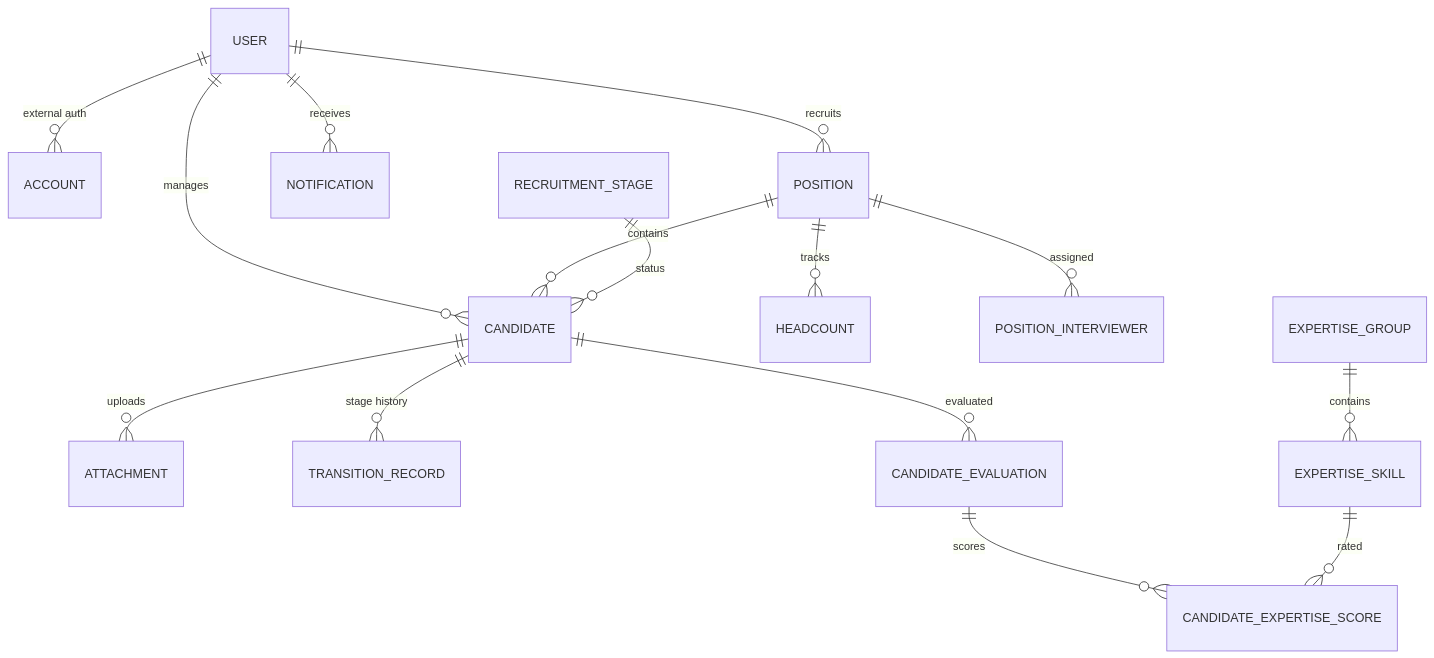
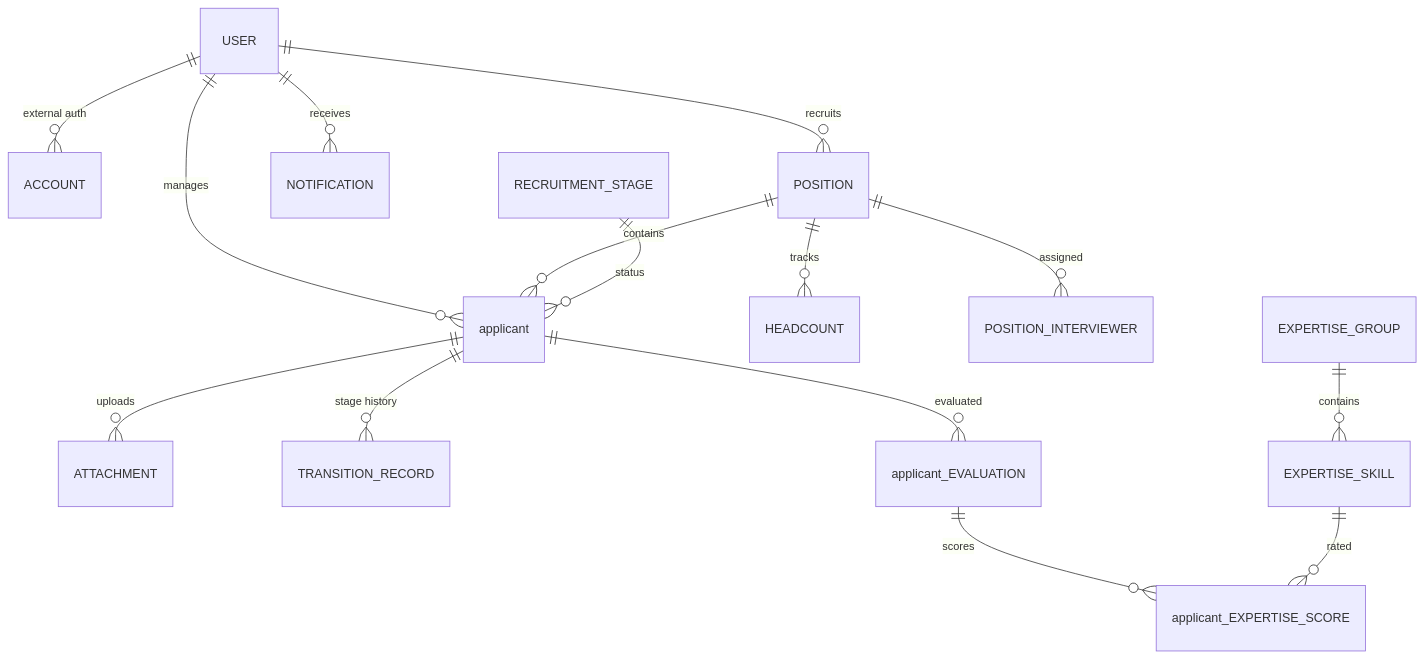
Before and after one commit to poojaroonwit/studio: the diagram in docs/database/Database Design.md, drawn with Mermaid. The commit also changed other lines of this file and 374 other files, not shown here.

Commit message:
Refactor: Rename candidate to applicant terminology and update related components

````diff
--- a/docs/database/Database Design.md
+++ b/docs/database/Database Design.md
@@ -13,21 +13,21 @@
 ```mermaid
 erDiagram
     USER ||--o{ ACCOUNT : "external auth"
     USER ||--o{ POSITION : "recruits"
-    USER ||--o{ CANDIDATE : "manages"
+    USER ||--o{ applicant : "manages"
     USER ||--o{ NOTIFICATION : "receives"
     
-    POSITION ||--o{ CANDIDATE : "contains"
+    POSITION ||--o{ applicant : "contains"
     POSITION ||--o{ HEADCOUNT : "tracks"
     POSITION ||--o{ POSITION_INTERVIEWER : "assigned"
     
-    CANDIDATE ||--o{ ATTACHMENT : "uploads"
-    CANDIDATE ||--o{ TRANSITION_RECORD : "stage history"
-    CANDIDATE ||--o{ CANDIDATE_EVALUATION : "evaluated"
+    applicant ||--o{ ATTACHMENT : "uploads"
+    applicant ||--o{ TRANSITION_RECORD : "stage history"
+    applicant ||--o{ applicant_EVALUATION : "evaluated"
     
-    RECRUITMENT_STAGE ||--o{ CANDIDATE : "status"
+    RECRUITMENT_STAGE ||--o{ applicant : "status"
     
     EXPERTISE_GROUP ||--o{ EXPERTISE_SKILL : "contains"
-    CANDIDATE_EVALUATION ||--o{ CANDIDATE_EXPERTISE_SCORE : "scores"
-    EXPERTISE_SKILL ||--o{ CANDIDATE_EXPERTISE_SCORE : "rated"
+    applicant_EVALUATION ||--o{ applicant_EXPERTISE_SCORE : "scores"
+    EXPERTISE_SKILL ||--o{ applicant_EXPERTISE_SCORE : "rated"
 ```
````
